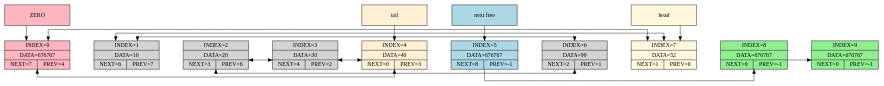
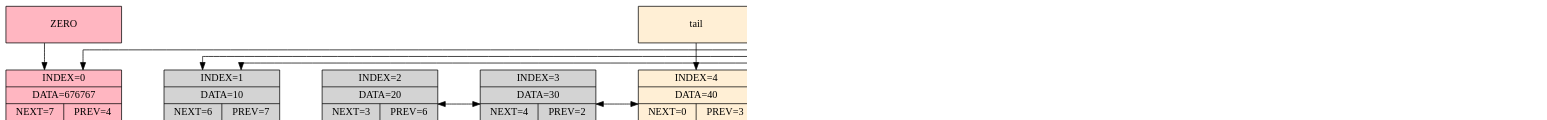
Before and after one commit to Leonid256/Linked-List: the diagram in graph.dot, drawn with Graphviz. The commit also changed 6 other files, not shown here.

```diff
--- a/graph.dot
+++ b/graph.dot
@@ -1,45 +1,47 @@
 //Автоматически сгенерированный файл. Не править руками!
 digraph G
 {
 	rankdir=TB;
 	splines=ortho;
 	nodesep=0.8;
+	size="12,7!";
+	dpi=150;
 	node [shape=record, width=2.2, height=0.7];
 	node_0 [style=filled, fillcolor=lightpink, label="{INDEX=0 | DATA=676767 | {NEXT=7 | PREV=4}}"];
 	node_1 [style=filled, fillcolor=lightgrey, label="{INDEX=1 | DATA=10 | {NEXT=6 | PREV=7}}"];
 	node_2 [style=filled, fillcolor=lightgrey, label="{INDEX=2 | DATA=20 | {NEXT=3 | PREV=6}}"];
 	node_3 [style=filled, fillcolor=lightgrey, label="{INDEX=3 | DATA=30 | {NEXT=4 | PREV=2}}"];
 	node_4 [style=filled, fillcolor=papayawhip, label="{INDEX=4 | DATA=40 | {NEXT=0 | PREV=3}}"];
 	node_5 [style=filled, fillcolor=lightblue, label="{INDEX=5 | DATA=676767 | {NEXT=8 | PREV=-1}}"];
 	node_6 [style=filled, fillcolor=lightgrey, label="{INDEX=6 | DATA=99 | {NEXT=2 | PREV=1}}"];
 	node_7 [style=filled, fillcolor=cornsilk, label="{INDEX=7 | DATA=52 | {NEXT=1 | PREV=0}}"];
 	node_8 [style=filled, fillcolor=lightgreen, label="{INDEX=8 | DATA=676767 | {NEXT=9 | PREV=-1}}"];
 	node_9 [style=filled, fillcolor=lightgreen, label="{INDEX=9 | DATA=676767 | {NEXT=0 | PREV=-1}}"];
 	{ rank=same; node_0; node_1; node_2; node_3; node_4; node_5; node_6; node_7; node_8; node_9; }
 	node_0 -> node_1 [style=invis];
 	node_1 -> node_2 [style=invis];
 	node_2 -> node_3 [style=invis];
 	node_3 -> node_4 [style=invis];
 	node_4 -> node_5 [style=invis];
 	node_5 -> node_6 [style=invis];
 	node_6 -> node_7 [style=invis];
 	node_7 -> node_8 [style=invis];
 	node_8 -> node_9 [style=invis];
 	label_0 [style=filled, fillcolor=lightpink, label = "ZERO"];
 	label_free [style=filled, fillcolor=lightblue, label = "next free"];
 	label_head [style=filled, fillcolor=cornsilk, label = "head"];
 	label_tail [style=filled, fillcolor=papayawhip, label = "tail"];
 	node_0 -> node_7 [dir=both, splines=ortho, constraint=false];
 	node_1 -> node_6 [dir=both, splines=ortho, constraint=false];
 	node_2 -> node_3 [dir=both, splines=ortho, constraint=false];
 	node_3 -> node_4 [dir=both, splines=ortho, constraint=false];
 	node_4 -> node_0 [dir=both, splines=ortho, constraint=false];
 	node_5 -> node_8;
 	node_6 -> node_2 [dir=both, splines=ortho, constraint=false];
 	node_7 -> node_1 [dir=both, splines=ortho, constraint=false];
 	node_8 -> node_9;
 	label_0 -> node_0;
 	label_free -> node_5;
 	label_head -> node_7;
 	label_tail -> node_4;
 }
```
